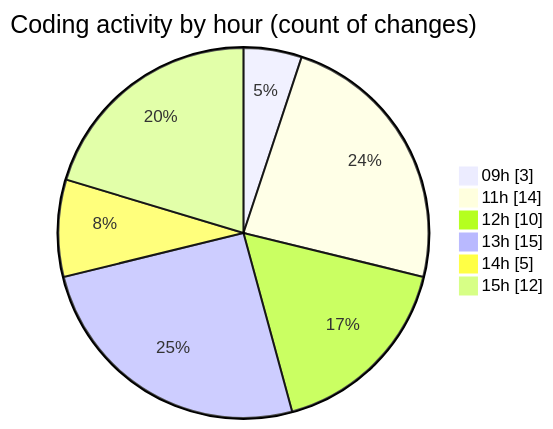
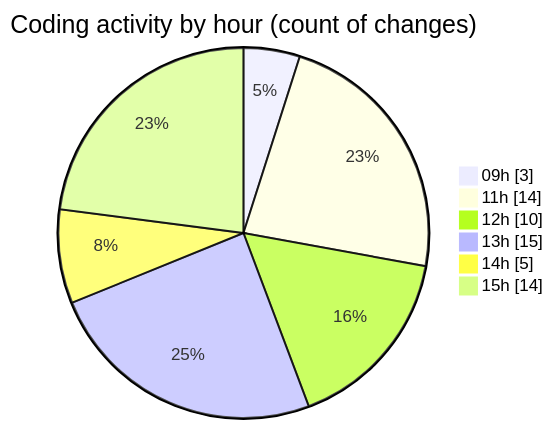
One commit to momahboobian/code-tracking changed the second of 2 diagrams in 2026-05-14/cda/README.md. Above: the diagram before and after it, drawn with Mermaid. The commit also changed other lines of this file and 1 other file, not shown here.

````diff
--- a/2026-05-14/cda/README.md
+++ b/2026-05-14/cda/README.md
@@ -48,10 +48,10 @@
 ```mermaid
 pie showData
 title Coding activity by hour (count of changes)
 "09h" : 3
 "11h" : 14
 "12h" : 10
 "13h" : 15
 "14h" : 5
-"15h" : 12
+"15h" : 14
 ```
````
